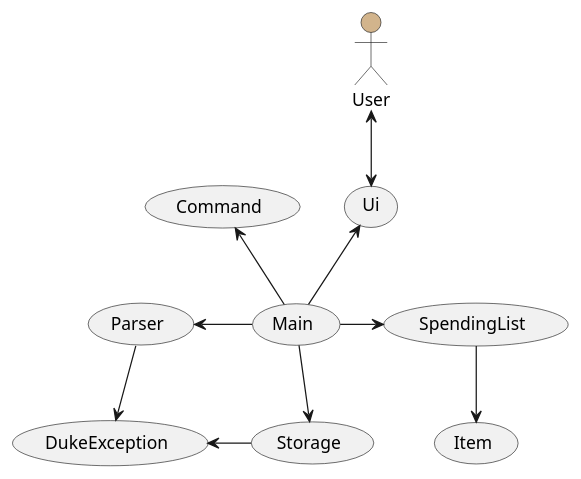
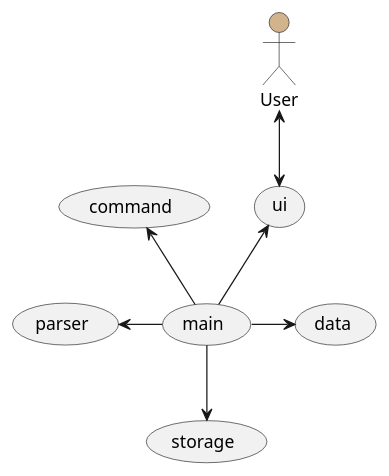
The diagram in src/uml/Architecture.puml (xieyaoyue/tp), drawn with PlantUML before and after one commit. The commit also changed 2 other files, not shown here.

Commit message:
updates uml

```diff
--- a/src/uml/Architecture.puml
+++ b/src/uml/Architecture.puml
@@ -1,12 +1,10 @@
 @startuml
  :User: as user        #tan
-user<-->(Ui)
-(Main)-up->(Ui)
-(Main)-up->(Command)
-(Main)-right->(SpendingList)
-(SpendingList)-->(Item)
-(Main)-left->(Parser)
-(Main)-->(Storage)
-(Storage)-left->(DukeException)
-(Parser)-->(DukeException)
+user<-->(ui)
+(main)-up->(ui)
+(main)-up->(command)
+(main)-right->(data)
+(main)-left->(parser)
+(main)-->(storage)
+
 @enduml
```
